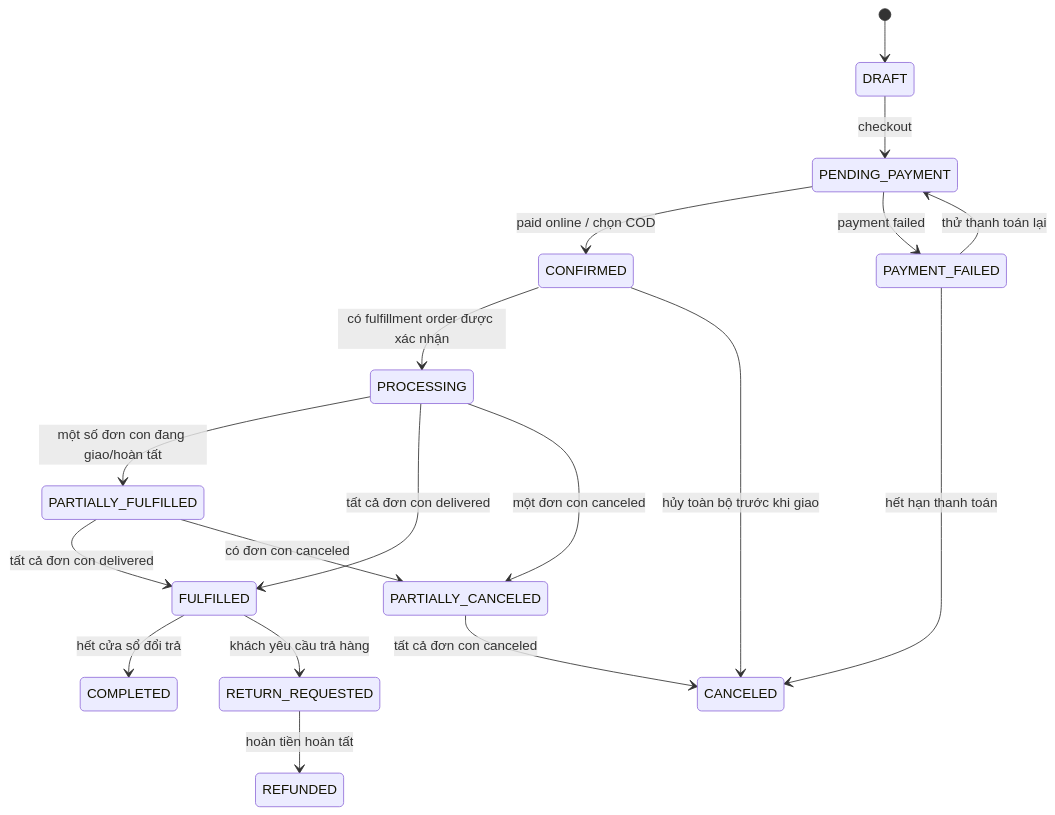
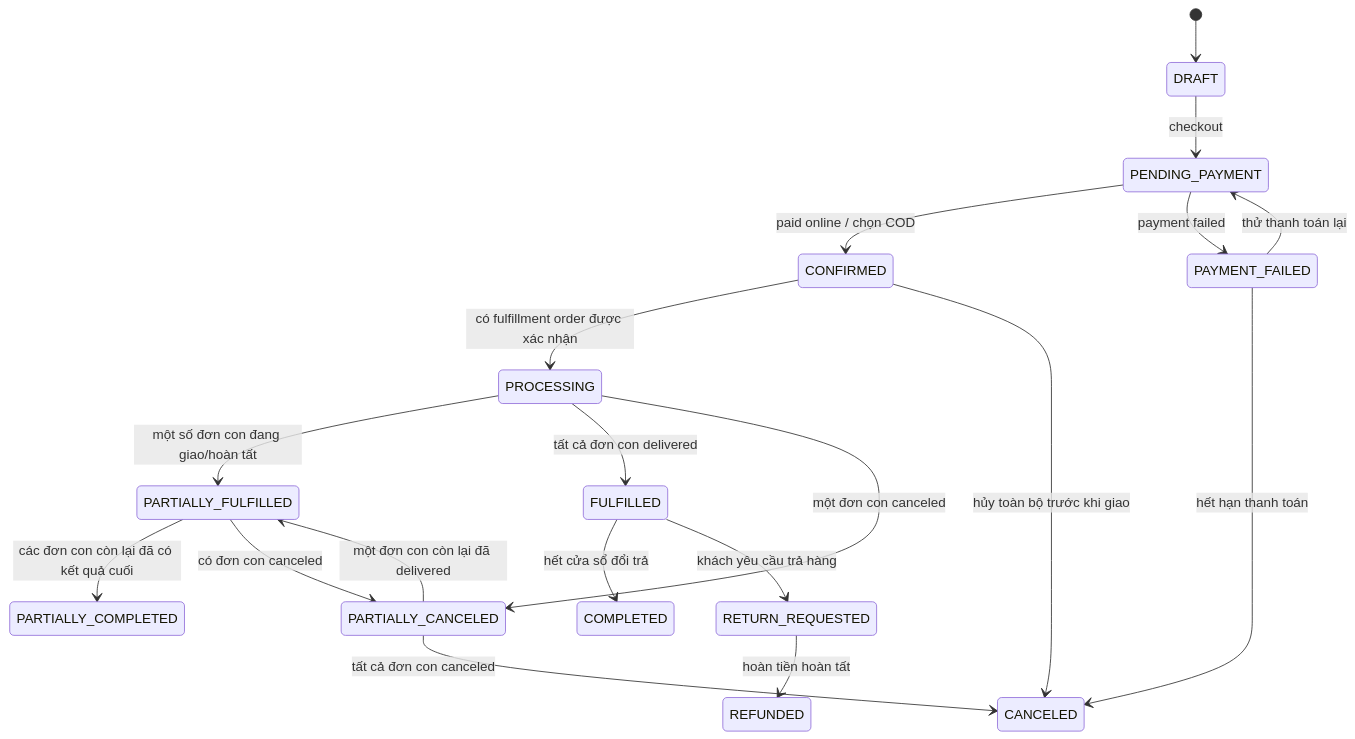
The diagram in docs/mermaid/06-customer-order-state.mmd (NguyenVoLyDo/Project-XD-and-PTPM), drawn with Mermaid before and after one commit. The commit also changed 69 other files, not shown here.

```diff
--- a/docs/mermaid/06-customer-order-state.mmd
+++ b/docs/mermaid/06-customer-order-state.mmd
@@ -1,18 +1,19 @@
 stateDiagram-v2
   [*] --> DRAFT
   DRAFT --> PENDING_PAYMENT: checkout
   PENDING_PAYMENT --> CONFIRMED: paid online / chọn COD
   PENDING_PAYMENT --> PAYMENT_FAILED: payment failed
   PAYMENT_FAILED --> PENDING_PAYMENT: thử thanh toán lại
   PAYMENT_FAILED --> CANCELED: hết hạn thanh toán
   CONFIRMED --> PROCESSING: có fulfillment order được xác nhận
   CONFIRMED --> CANCELED: hủy toàn bộ trước khi giao
   PROCESSING --> PARTIALLY_FULFILLED: một số đơn con đang giao/hoàn tất
   PROCESSING --> FULFILLED: tất cả đơn con delivered
-  PARTIALLY_FULFILLED --> FULFILLED: tất cả đơn con delivered
+  PARTIALLY_FULFILLED --> PARTIALLY_COMPLETED: các đơn con còn lại đã có kết quả cuối
+  PARTIALLY_CANCELED --> PARTIALLY_FULFILLED: một đơn con còn lại đã delivered
   PARTIALLY_FULFILLED --> PARTIALLY_CANCELED: có đơn con canceled
   FULFILLED --> COMPLETED: hết cửa sổ đổi trả
   FULFILLED --> RETURN_REQUESTED: khách yêu cầu trả hàng
   RETURN_REQUESTED --> REFUNDED: hoàn tiền hoàn tất
   PROCESSING --> PARTIALLY_CANCELED: một đơn con canceled
   PARTIALLY_CANCELED --> CANCELED: tất cả đơn con canceled
```
